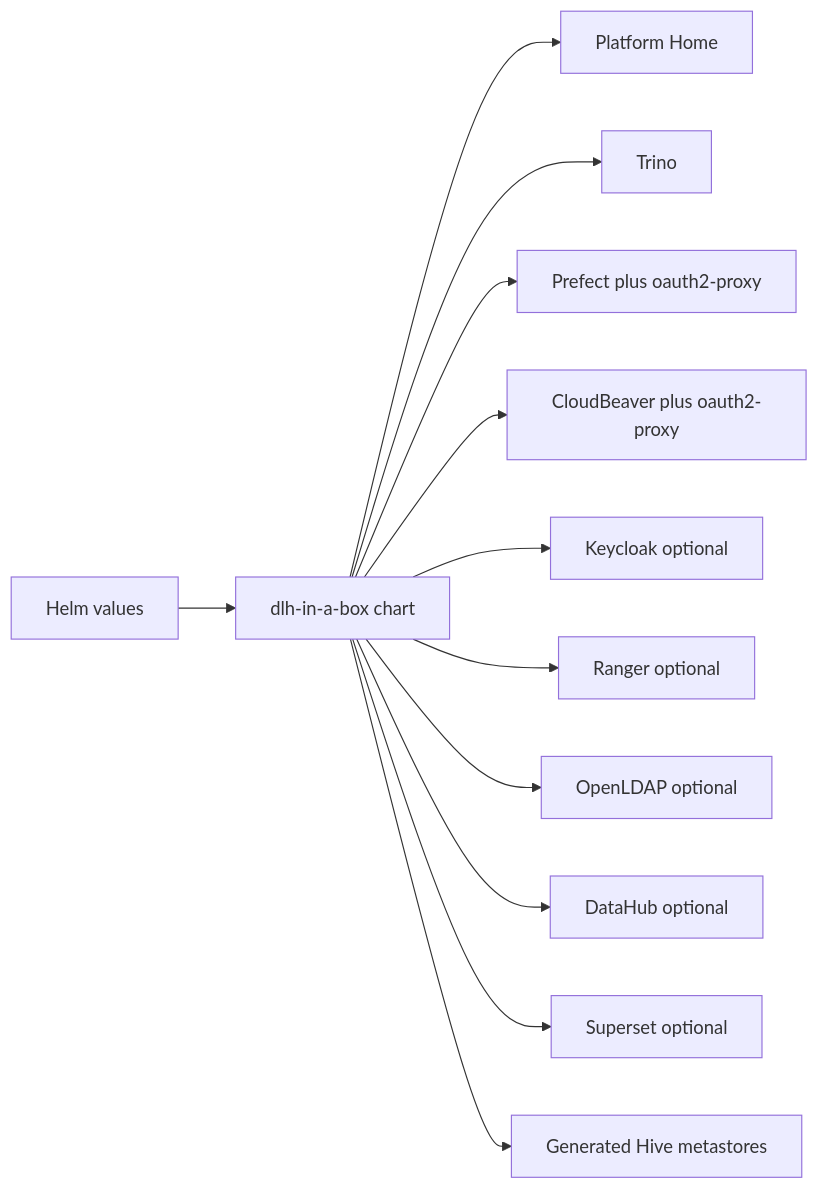
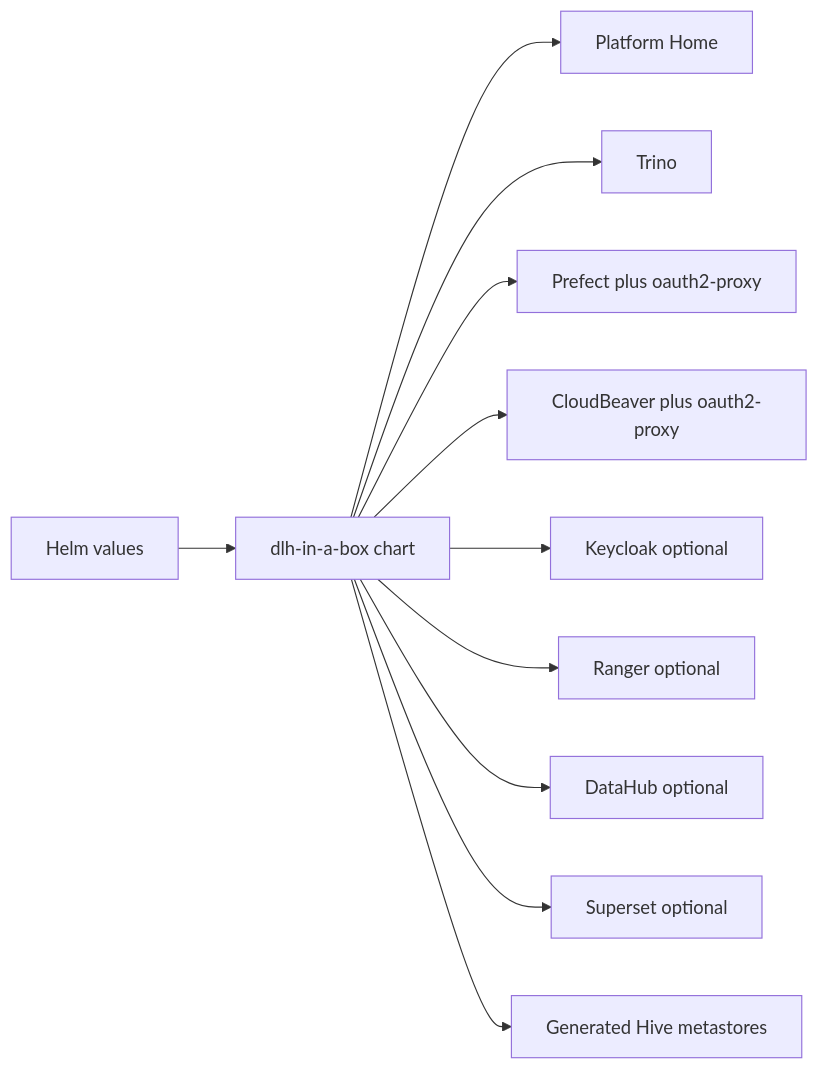
The diagram in charts/dlh-in-a-box/README.md (sanger-pathogens/dlh-in-a-box-umbrella-helm-chart), drawn with Mermaid before and after one commit. The commit also changed other lines of this file and 30 other files, not shown here.

````diff
--- a/charts/dlh-in-a-box/README.md
+++ b/charts/dlh-in-a-box/README.md
@@ -13,14 +13,13 @@
 ```mermaid
 flowchart LR
   Values[Helm values] --> Umbrella[dlh-in-a-box chart]
   Umbrella --> Portal[Platform Home]
   Umbrella --> Trino[Trino]
   Umbrella --> Prefect[Prefect plus oauth2-proxy]
   Umbrella --> CloudBeaver[CloudBeaver plus oauth2-proxy]
   Umbrella --> Keycloak[Keycloak optional]
   Umbrella --> Ranger[Ranger optional]
-  Umbrella --> OpenLDAP[OpenLDAP optional]
   Umbrella --> DataHub[DataHub optional]
   Umbrella --> Superset[Superset optional]
   Umbrella --> Hive[Generated Hive metastores]
 ```
````
